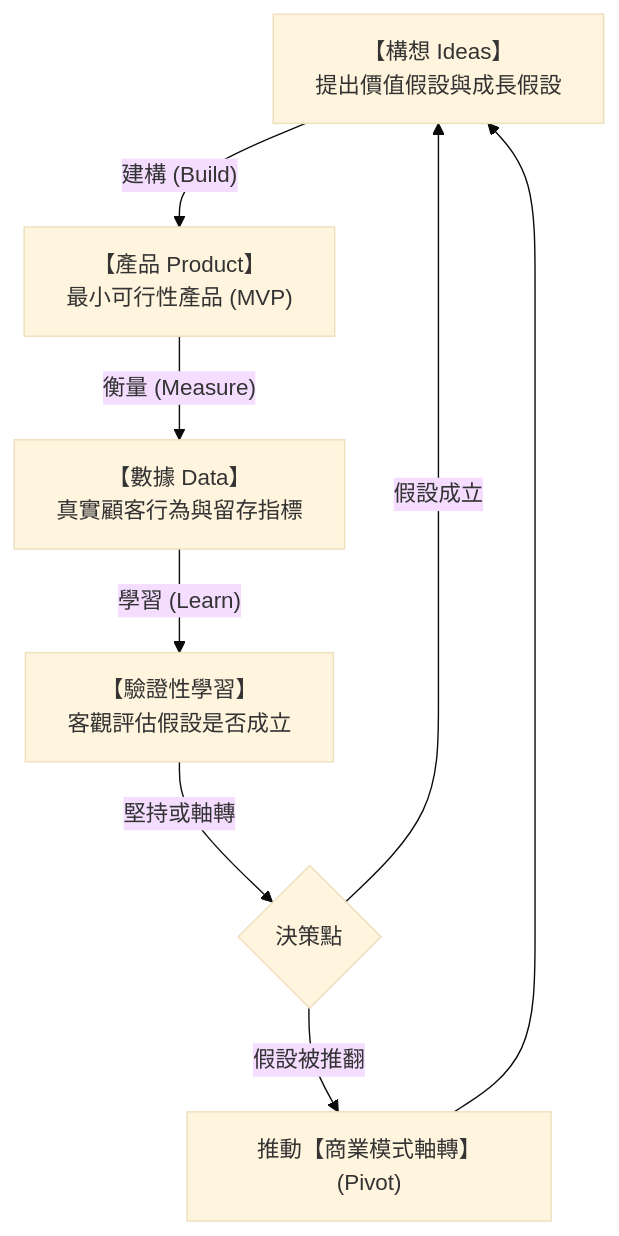
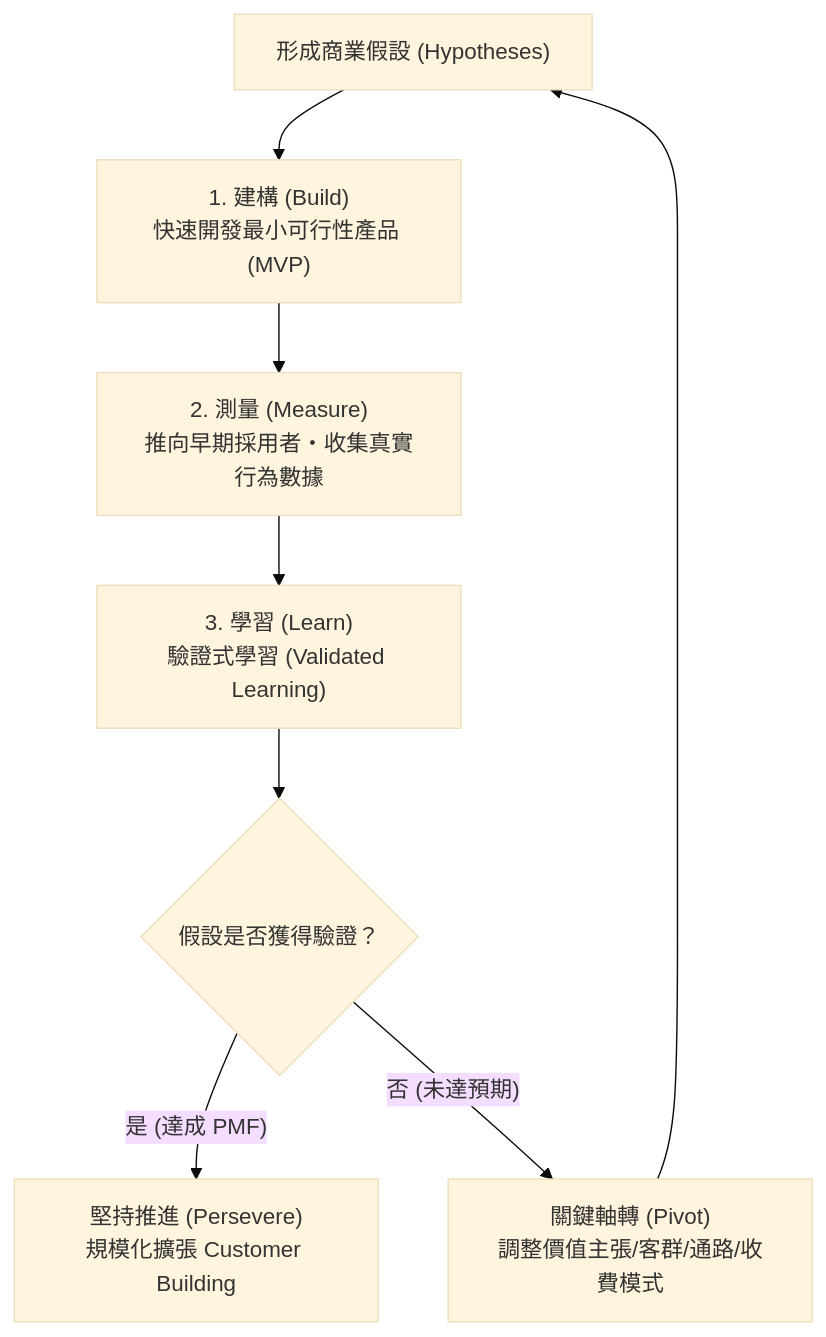
Before and after one commit to Jimlin0428/my-digital-garden: the sixth of 6 diagrams in src/site/notes/04_主題選修/10_創業與企業財務策略/W01_創業概論.md, drawn with Mermaid (base theme). The commit also changed other lines of this file, not shown here.

````diff
--- a/src/site/notes/04_主題選修/10_創業與企業財務策略/W01_創業概論.md
+++ b/src/site/notes/04_主題選修/10_創業與企業財務策略/W01_創業概論.md
@@ -111,10 +280,10 @@
 ```mermaid
 flowchart TD
-    Ideas["【構想 Ideas】<br>提出價值假設與成長假設"] -->|"建構 (Build)"| Code["【產品 Product】<br>最小可行性產品 (MVP)"]
-    Code -->|"衡量 (Measure)"| Data["【數據 Data】<br>真實顧客行為與留存指標"]
-    Data -->|"學習 (Learn)"| Insights["【驗證性學習】<br>客觀評估假設是否成立"]
-    Insights -->|"堅持或軸轉"| Decision{"決策點"}
-    Decision -->|"假設成立"| Ideas
-    Decision -->|"假設被推翻"| Pivot["推動【商業模式軸轉】(Pivot)"]
-    Pivot --> Ideas
+    Hypo["形成商業假設 (Hypotheses)"] --> Build["1. 建構 (Build)<br/>快速開發最小可行性產品 (MVP)"]
+    Build --> Measure["2. 測量 (Measure)<br/>推向早期採用者・收集真實行為數據"]
+    Measure --> Learn["3. 學習 (Learn)<br/>驗證式學習 (Validated Learning)"]
+    Learn --> Decision{"假設是否獲得驗證？"}
+    Decision -- "是 (達成 PMF)" --> Persevere["堅持推進 (Persevere)<br/>規模化擴張 Customer Building"]
+    Decision -- "否 (未達預期)" --> Pivot["關鍵軸轉 (Pivot)<br/>調整價值主張/客群/通路/收費模式"]
+    Pivot --> Hypo
 ```
````
